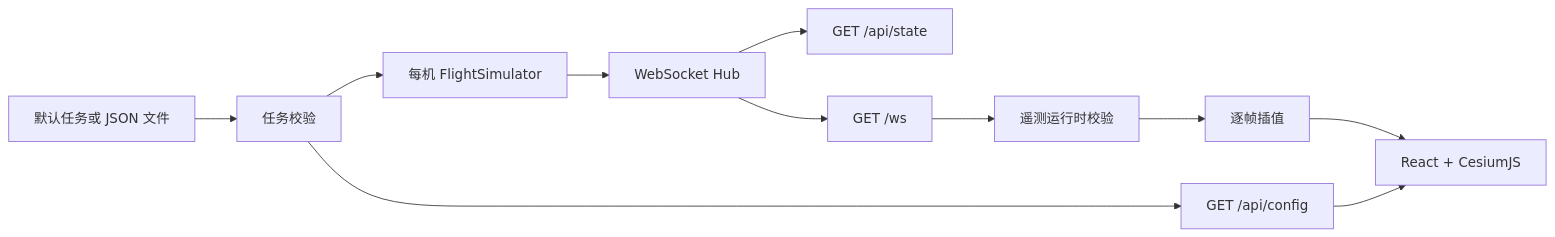
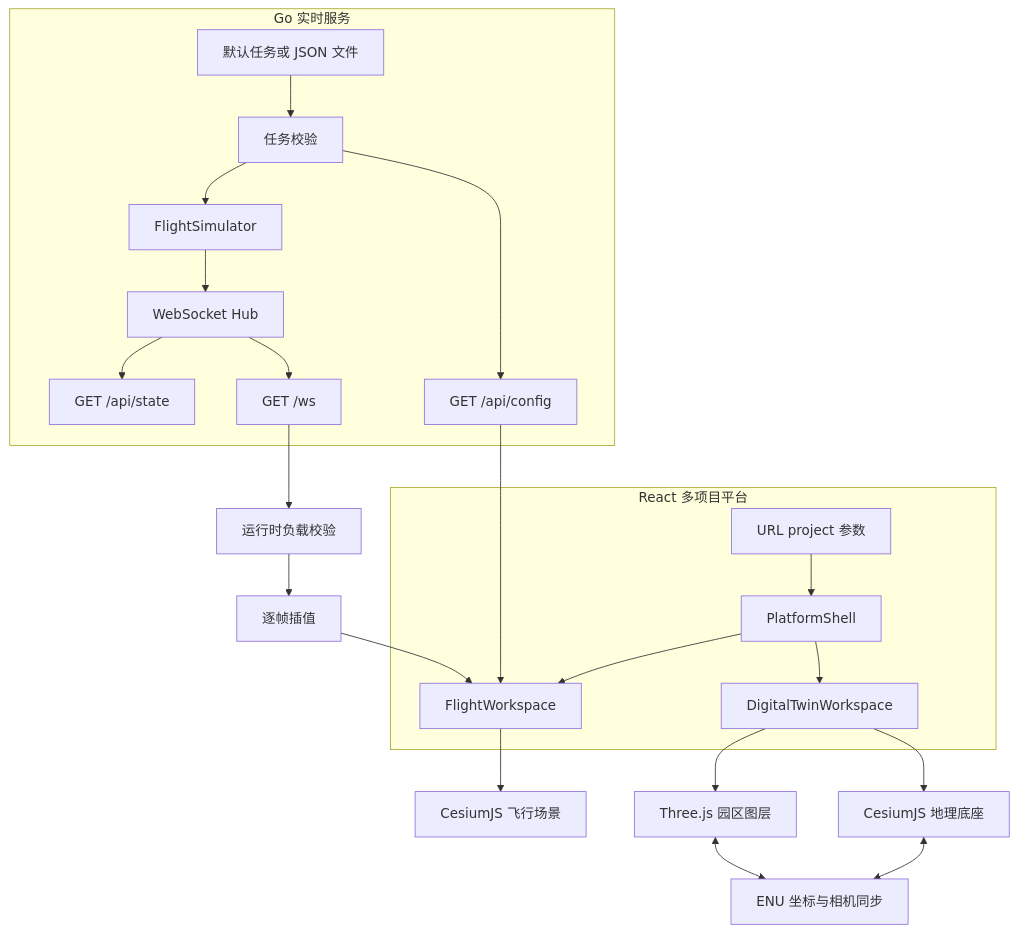
The diagram in docs/ARCHITECTURE.md (lien0219/3D-Scene-Flight-Trajectory-of-UAV), drawn with Mermaid before and after one commit. The commit also changed other lines of this file and 10 other files, not shown here.

````diff
--- a/docs/ARCHITECTURE.md
+++ b/docs/ARCHITECTURE.md
@@ -16,13 +23,27 @@
 ```mermaid
-flowchart LR
-  Mission[默认任务或 JSON 文件] --> Config[任务校验]
-  Config --> Simulator[每机 FlightSimulator]
-  Simulator --> Hub[WebSocket Hub]
-  Hub --> State[GET /api/state]
-  Hub --> WS[GET /ws]
-  Config --> MissionAPI[GET /api/config]
-  MissionAPI --> Scene[React + CesiumJS]
-  WS --> Parser[遥测运行时校验]
+flowchart TB
+  subgraph Backend[Go 实时服务]
+    Mission[默认任务或 JSON 文件] --> Validation[任务校验]
+    Validation --> Simulators[FlightSimulator]
+    Simulators --> Hub[WebSocket Hub]
+    Hub --> State[GET /api/state]
+    Hub --> WS[GET /ws]
+    Validation --> Config[GET /api/config]
+  end
+
+  subgraph Platform[React 多项目平台]
+    Route[URL project 参数] --> Shell[PlatformShell]
+    Shell --> Flight[FlightWorkspace]
+    Shell --> Twin[DigitalTwinWorkspace]
+  end
+
+  Config --> Flight
+  WS --> Parser[运行时负载校验]
   Parser --> Interpolator[逐帧插值]
-  Interpolator --> Scene
+  Interpolator --> Flight
+  Flight --> FlightCesium[CesiumJS 飞行场景]
+  Twin --> TwinCesium[CesiumJS 地理底座]
+  Twin --> Three[Three.js 园区图层]
+  TwinCesium <--> Bridge[ENU 坐标与相机同步]
+  Three <--> Bridge
 ```
````
